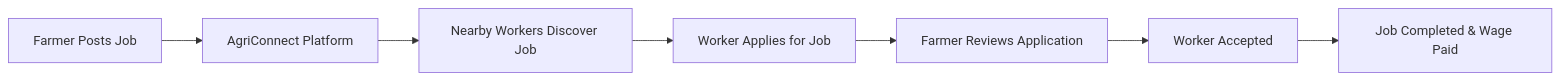
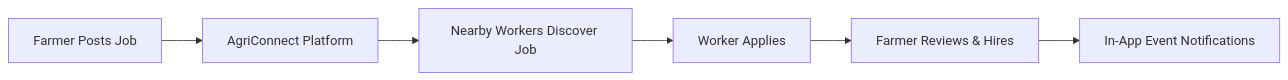
One commit to vishal-s-sollapure/AgriConnect changed the first of 2 diagrams in AgriConnect/README.md. Above: the diagram before and after it, drawn with Mermaid. The commit also changed other lines of this file and 3 other files, not shown here.

````diff
--- a/AgriConnect/README.md
+++ b/AgriConnect/README.md
@@ -82,9 +68,8 @@
 ```mermaid
 flowchart LR
-    Farmer[Farmer Posts Job] --> AgriConnect[AgriConnect Platform]
-    AgriConnect --> Discovery[Nearby Workers Discover Job]
-    Discovery --> Apply[Worker Applies for Job]
-    Apply --> Review[Farmer Reviews Application]
-    Review --> Accept[Worker Accepted]
-    Accept --> Complete[Job Completed & Wage Paid]
+    A[Farmer Posts Job] --> B[AgriConnect Platform]
+    B --> C[Nearby Workers Discover Job]
+    C --> D[Worker Applies]
+    D --> E[Farmer Reviews & Hires]
+    E --> F[In-App Event Notifications]
 ```
````
